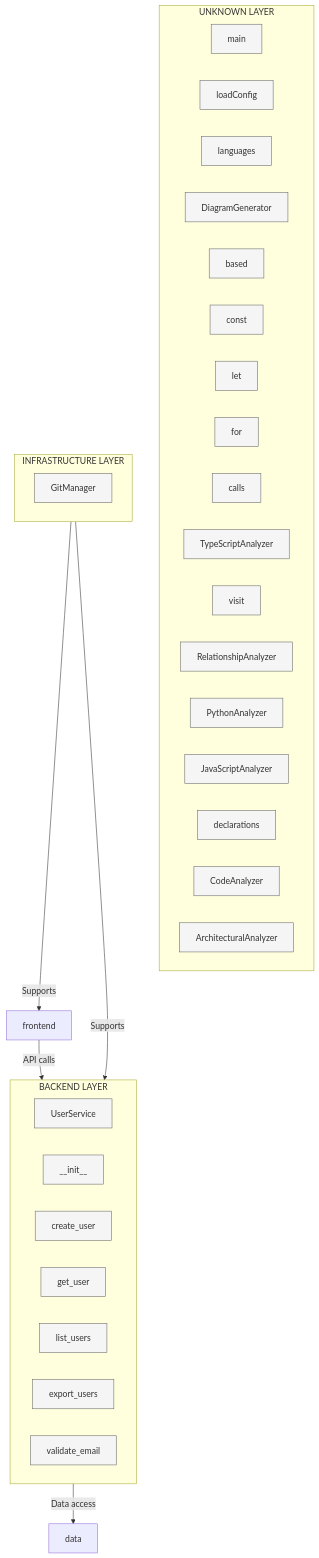
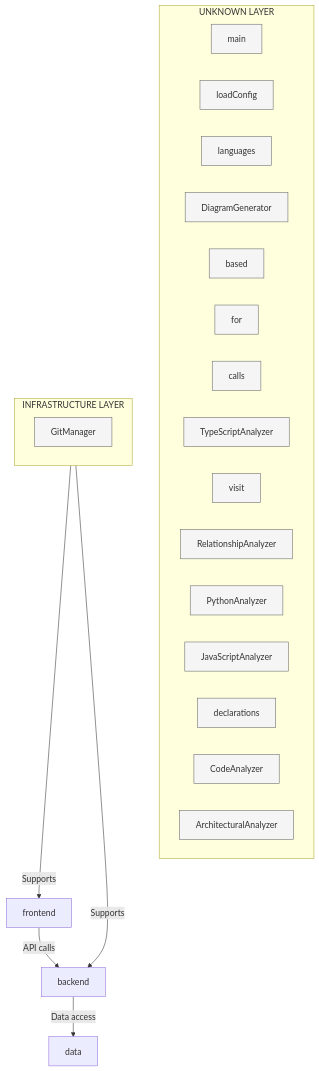
Before and after one commit to samjhill/diagrammer: the diagram in docs/architecture/layeredArchitecture.md, drawn with Mermaid. The commit also changed other lines of this file and 7 other files, not shown here.

Commit message:
docs: Update architecture diagrams [skip ci]

````diff
--- a/docs/architecture/layeredArchitecture.md
+++ b/docs/architecture/layeredArchitecture.md
@@ -7,77 +7,55 @@
 ```mermaid
 graph TB
   classDef frontend fill:#e3f2fd,stroke:#1976d2,stroke-width:3px
   classDef backend fill:#e8f5e8,stroke:#388e3c,stroke-width:3px
   classDef data fill:#fff3e0,stroke:#f57c00,stroke-width:3px
   classDef infrastructure fill:#f3e5f5,stroke:#7b1fa2,stroke-width:3px
   classDef component fill:#f5f5f5,stroke:#666,stroke-width:1px
 
   subgraph unknown["UNKNOWN LAYER"]
     classDef unknownClass fill:#f5f5f5,stroke:#666,stroke-width:1px
     main["main"]
     main:::component
     loadConfig["loadConfig"]
     loadConfig:::component
     languages["languages"]
     languages:::component
     DiagramGenerator["DiagramGenerator"]
     DiagramGenerator:::component
     based["based"]
     based:::component
-    const["const"]
-    const:::component
-    let["let"]
-    let:::component
     for["for"]
     for:::component
     calls["calls"]
     calls:::component
     TypeScriptAnalyzer["TypeScriptAnalyzer"]
     TypeScriptAnalyzer:::component
     visit["visit"]
     visit:::component
     RelationshipAnalyzer["RelationshipAnalyzer"]
     RelationshipAnalyzer:::component
     PythonAnalyzer["PythonAnalyzer"]
     PythonAnalyzer:::component
     JavaScriptAnalyzer["JavaScriptAnalyzer"]
     JavaScriptAnalyzer:::component
     declarations["declarations"]
     declarations:::component
     CodeAnalyzer["CodeAnalyzer"]
     CodeAnalyzer:::component
     ArchitecturalAnalyzer["ArchitecturalAnalyzer"]
     ArchitecturalAnalyzer:::component
   end
 
   subgraph infrastructure["INFRASTRUCTURE LAYER"]
     classDef infrastructureClass fill:#f5f5f5,stroke:#666,stroke-width:1px
     GitManager["GitManager"]
     GitManager:::component
   end
 
-  subgraph backend["BACKEND LAYER"]
-    classDef backendClass fill:#f5f5f5,stroke:#666,stroke-width:1px
-    UserService["UserService"]
-    UserService:::component
-    __init__["__init__"]
-    __init__:::component
-    create_user["create_user"]
-    create_user:::component
-    get_user["get_user"]
-    get_user:::component
-    list_users["list_users"]
-    list_users:::component
-    export_users["export_users"]
-    export_users:::component
-    validate_email["validate_email"]
-    validate_email:::component
-  end
-
   %% Layer relationships
   frontend -->|API calls| backend
   backend -->|Data access| data
   infrastructure -->|Supports| frontend
   infrastructure -->|Supports| backend
 
 ```
````
